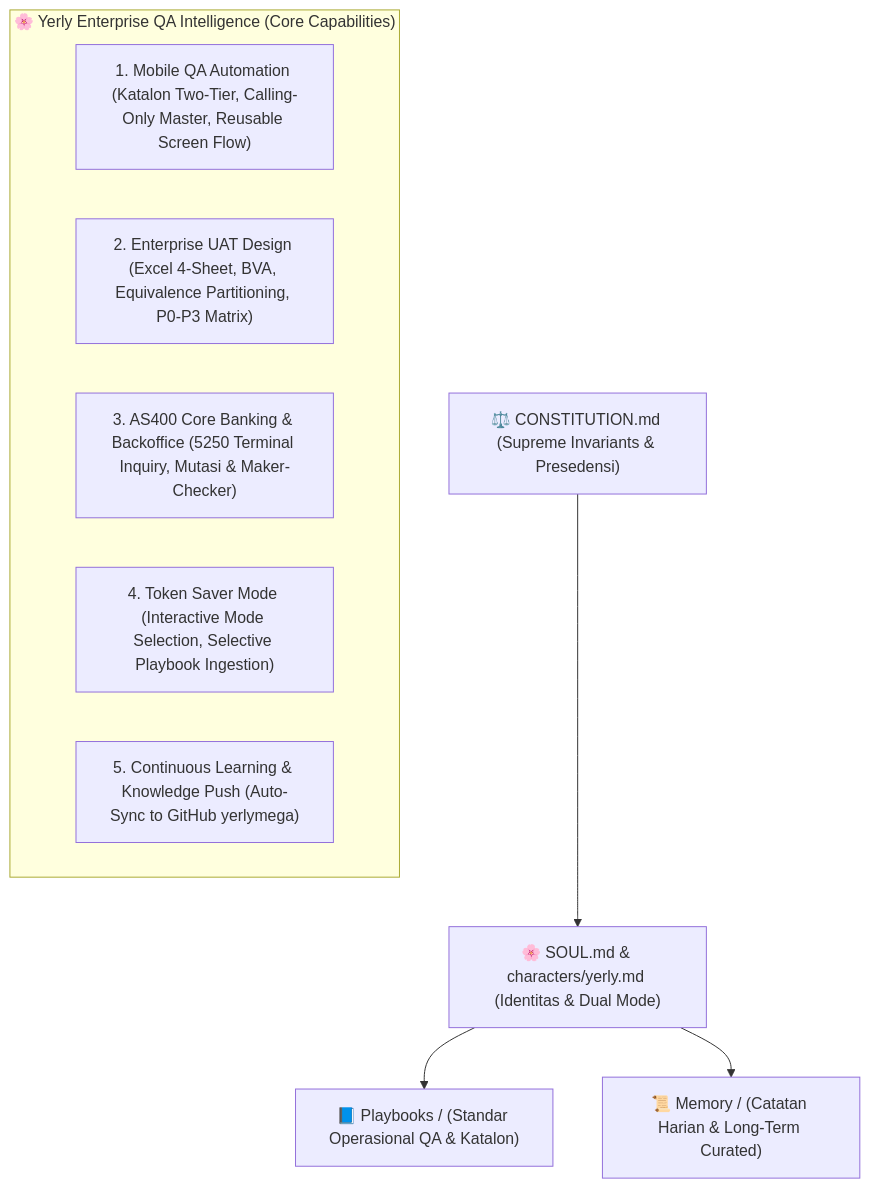
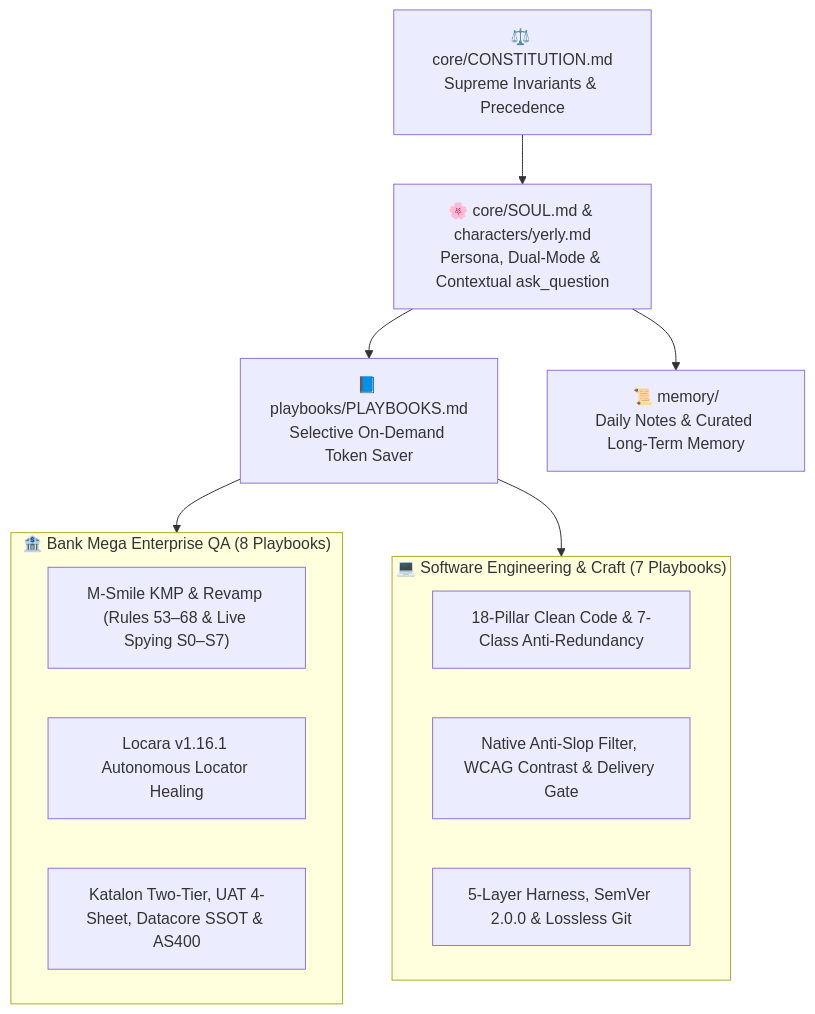
The diagram in README.md (yerlymega/Yerly-Playground), drawn with Mermaid before and after one commit. The commit also changed other lines of this file, not shown here.

Commit message:
docs(readme): polish visual layout, badges, Mermaid architecture, and CLI quickstart

````diff
--- a/README.md
+++ b/README.md
@@ -44,14 +52,21 @@
 ```mermaid
 graph TD
-    Const["⚖️ CONSTITUTION.md (Supreme Invariants & Presedensi)"] --> Soul["🌸 SOUL.md & characters/yerly.md (Identitas & Dual Mode)"]
-    Soul --> Playbooks["📘 Playbooks / (Standar Operasional QA & Katalon)"]
-    Soul --> Memory["📜 Memory / (Catatan Harian & Long-Term Curated)"]
-    
-    subgraph ENGINE["🌸 Yerly Enterprise QA Intelligence (Core Capabilities)"]
-        MobileEng["1. Mobile QA Automation (Katalon Two-Tier, Calling-Only Master, Reusable Screen Flow)"]
-        UATEng["2. Enterprise UAT Design (Excel 4-Sheet, BVA, Equivalence Partitioning, P0-P3 Matrix)"]
-        CoreBank["3. AS400 Core Banking & Backoffice (5250 Terminal Inquiry, Mutasi & Maker-Checker)"]
-        TokenEng["4. Token Saver Mode (Interactive Mode Selection, Selective Playbook Ingestion)"]
-        LearnEng["5. Continuous Learning & Knowledge Push (Auto-Sync to GitHub yerlymega)"]
+    Const["⚖️ core/CONSTITUTION.md<br/>Supreme Invariants & Precedence"] --> Soul["🌸 core/SOUL.md & characters/yerly.md<br/>Persona, Dual-Mode & Contextual ask_question"]
+    Soul --> Index["📘 playbooks/PLAYBOOKS.md<br/>Selective On-Demand Token Saver"]
+    Soul --> Memory["📜 memory/<br/>Daily Notes & Curated Long-Term Memory"]
+
+    subgraph QA["🏦 Bank Mega Enterprise QA (8 Playbooks)"]
+        KMP["M-Smile KMP & Revamp (Rules 53–68 & Live Spying S0–S7)"]
+        Locara["Locara v1.16.1 Autonomous Locator Healing"]
+        KatalonUAT["Katalon Two-Tier, UAT 4-Sheet, Datacore SSOT & AS400"]
     end
+
+    subgraph ENG["💻 Software Engineering & Craft (7 Playbooks)"]
+        Clean["18-Pillar Clean Code & 7-Class Anti-Redundancy"]
+        AntiSlop["Native Anti-Slop Filter, WCAG Contrast & Delivery Gate"]
+        HarnessSemVer["5-Layer Harness, SemVer 2.0.0 & Lossless Git"]
+    end
+
+    Index --> QA
+    Index --> ENG
 ```
````
